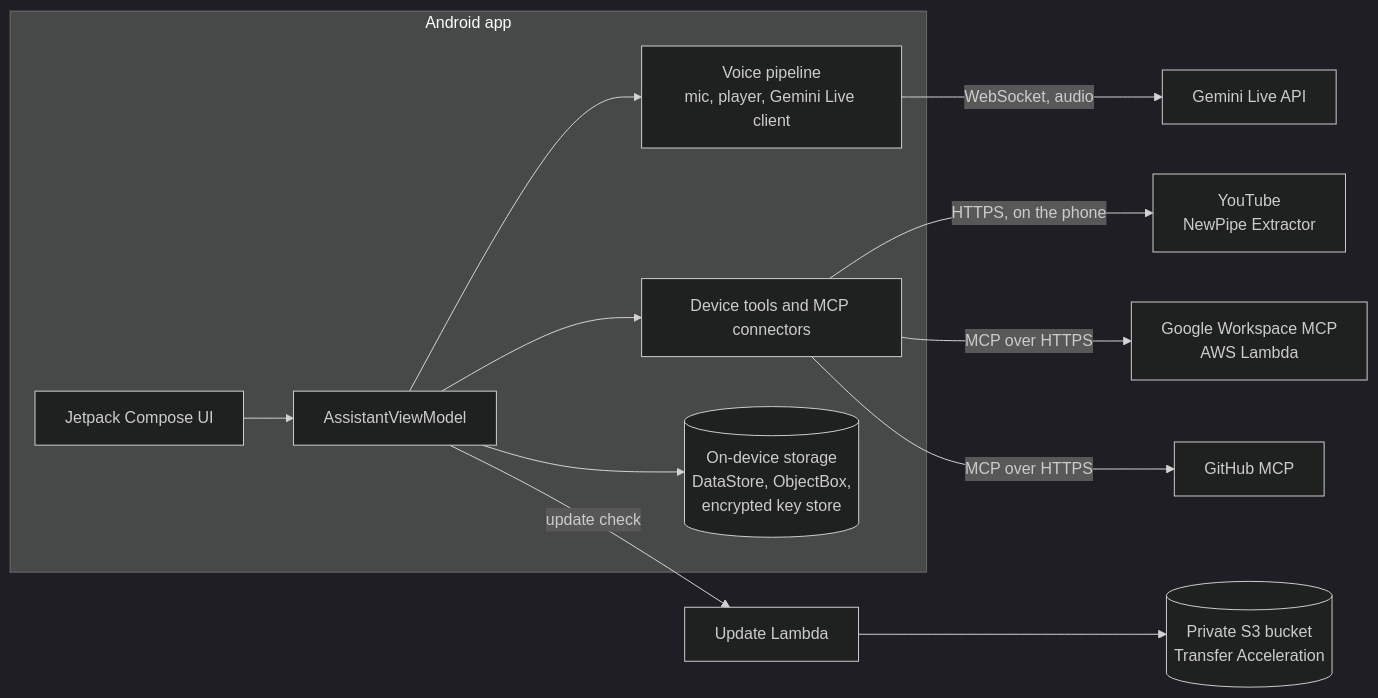
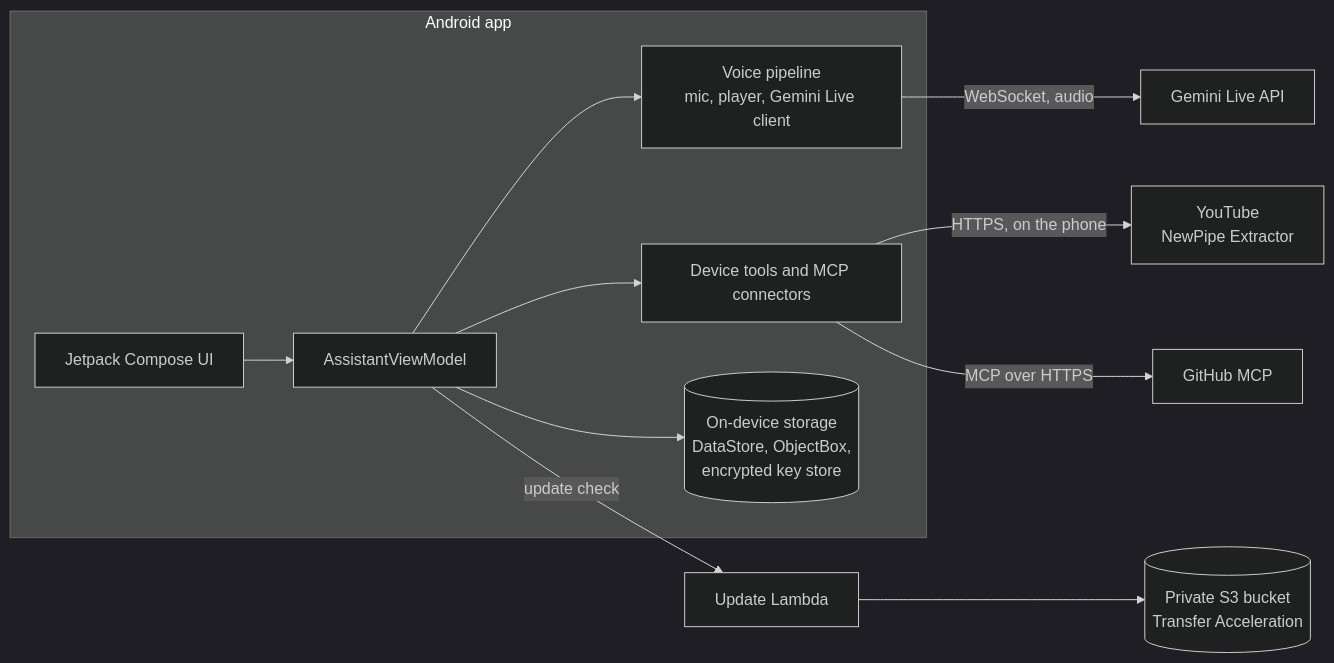
Before and after one commit to devxjitin/ultron-android: the diagram in README.md, drawn with Mermaid (dark theme). The commit also changed other lines of this file and 16 other files, not shown here.

Commit message:
refactor: remove photos, speed test, wallpaper, notes and the Google Workspace connectors

````diff
--- a/README.md
+++ b/README.md
@@ -154,16 +152,15 @@
 ```mermaid
 flowchart LR
     subgraph Phone["Android app"]
         UI["Jetpack Compose UI"] --> VM["AssistantViewModel"]
         VM --> Voice["Voice pipeline<br/>mic, player, Gemini Live client"]
         VM --> Tools["Device tools and MCP connectors"]
         VM --> Store[("On-device storage<br/>DataStore, ObjectBox,<br/>encrypted key store")]
     end
 
     Voice -- "WebSocket, audio" --> GL["Gemini Live API"]
     Tools -- "HTTPS, on the phone" --> YT["YouTube<br/>NewPipe Extractor"]
-    Tools -- "MCP over HTTPS" --> GW["Google Workspace MCP<br/>AWS Lambda"]
     Tools -- "MCP over HTTPS" --> GH["GitHub MCP"]
     VM -- "update check" --> UP["Update Lambda"]
     UP --> S3[("Private S3 bucket<br/>Transfer Acceleration")]
 ```
````
